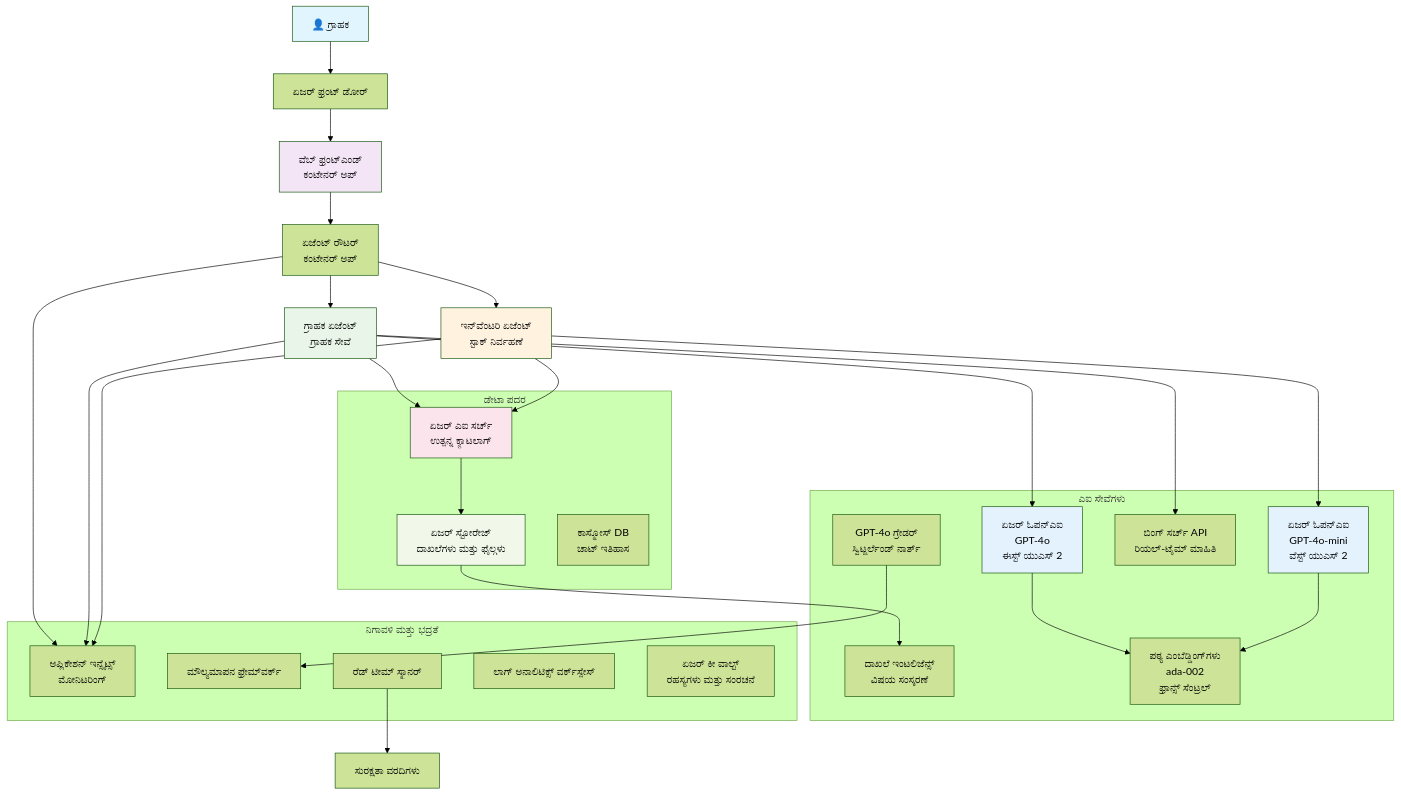
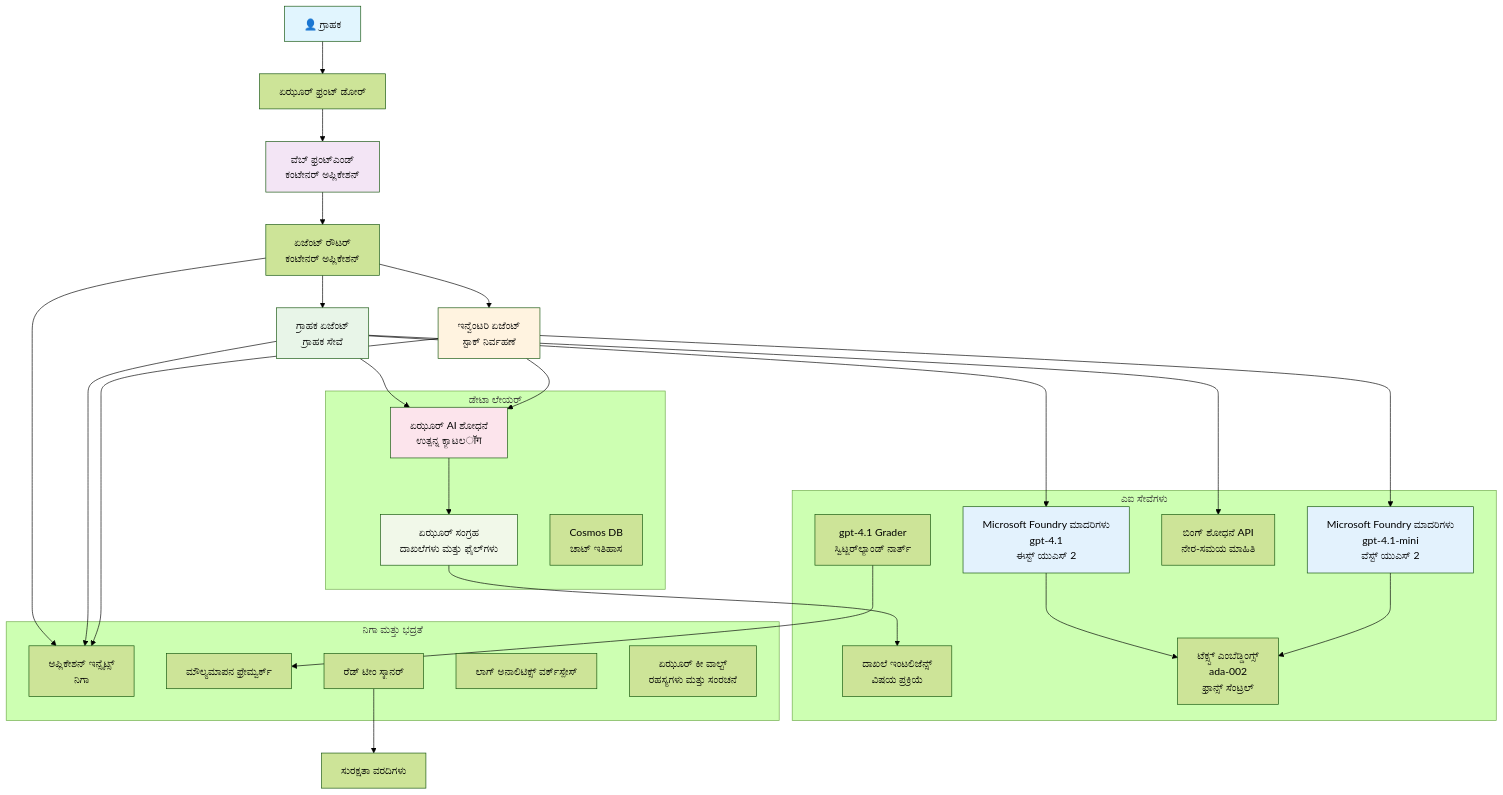
One commit to microsoft/AZD-for-beginners changed the diagram in translations/kn/examples/retail-scenario.md. Above: the diagram before and after it, drawn with Mermaid (forest theme). The commit also changed other lines of this file and 102 other files, not shown here.

````diff
--- a/translations/kn/examples/retail-scenario.md
+++ b/translations/kn/examples/retail-scenario.md
@@ -139,61 +139,61 @@
 ```mermaid
 graph TB
-    User[👤 ಗ್ರಾಹಕ] --> LB[ಏಜರ್ ಫ್ರಂಟ್ ಡೋರ್]
-    LB --> WebApp[ವೆಬ್ ಫ್ರಂಟ್‌ಎಂಡ್<br/>ಕಂಟೇನರ್ ಅಪ್]
+    User[👤 ಗ್ರಾಹಕ] --> LB[ಏಝೂರ್ ಫ್ರಂಟ್ ಡೋರ್]
+    LB --> WebApp[ವೆಬ್ ಫ್ರಂಟ್‌ಎಂಡ್<br/>ಕಂಟೇನರ್ ಅಪ್ಲಿಕೇಶನ್]
     
-    WebApp --> Router[ಏಜೆಂಟ್ ರೌಟರ್<br/>ಕಂಟೇನರ್ ಅಪ್]
+    WebApp --> Router[ಏಜೆಂಟ್ ರೌಟರ್<br/>ಕಂಟೇನರ್ ಅಪ್ಲಿಕೇಶನ್]
     Router --> CustomerAgent[ಗ್ರಾಹಕ ಏಜೆಂಟ್<br/>ಗ್ರಾಹಕ ಸೇವೆ]
-    Router --> InvAgent[ಇನ್‌ವೆಂಟರಿ ಏಜೆಂಟ್<br/>ಸ್ಟಾಕ್ ನಿರ್ವಹಣೆ]
+    Router --> InvAgent[ಇನ್ವೆಂಟರಿ ಏಜೆಂಟ್<br/>ಸ್ಟಾಕ್ ನಿರ್ವಹಣೆ]
     
-    CustomerAgent --> OpenAI1[ಏಜರ್ ಓಪನ್‌ಎಐ<br/>GPT-4o<br/>ಈಸ್ಟ್ ಯುಎಸ್ 2]
-    InvAgent --> OpenAI2[ಏಜರ್ ಓಪನ್‌ಎಐ<br/>GPT-4o-mini<br/>ವೆಸ್ಟ್ ಯುಎಸ್ 2]
+    CustomerAgent --> OpenAI1[Microsoft Foundry ಮಾದರಿಗಳು<br/>gpt-4.1<br/>ಈಸ್ಟ್ ಯುಎಸ್ 2]
+    InvAgent --> OpenAI2[Microsoft Foundry ಮಾದರಿಗಳು<br/>gpt-4.1-mini<br/>ವೆಸ್ಟ್ ಯುಎಸ್ 2]
     
-    CustomerAgent --> AISearch[ಏಜರ್ ಎಐ ಸರ್ಚ್<br/>ಉತ್ಪನ್ನ ಕ್ಯಾಟಲಾಗ್]
-    CustomerAgent --> BingSearch[ಬಿಂಗ್ ಸರ್ಚ್ API<br/>ರಿಯಲ್-ಟೈಮ್ ಮಾಹಿತಿ]
+    CustomerAgent --> AISearch[ಏಝೂರ್ AI ಶೋಧನೆ<br/>ಉತ್ಪನ್ನ ಕ್ಯಾಟಲॉग]
+    CustomerAgent --> BingSearch[ಬಿಂಗ್ ಶೋಧನೆ API<br/>ನೇರ-ಸಮಯ ಮಾಹಿತಿ]
     InvAgent --> AISearch
     
-    AISearch --> Storage[ಏಜರ್ ಸ್ಟೋರೇಜ್<br/>ದಾಖಲೆಗಳು ಮತ್ತು ಫೈಲ್ಗಳು]
-    Storage --> DocIntel[ದಾಖಲೆ ಇಂಟಲಿಜೆನ್ಸ್<br/>ವಿಷಯ ಸಂಸ್ಕರಣೆ]
+    AISearch --> Storage[ಏಝೂರ್ ಸಂಗ್ರಹ<br/>ದಾಖಲೆಗಳು ಮತ್ತು ಫೈಲ್‌ಗಳು]
+    Storage --> DocIntel[ದಾಖಲೆ ಇಂಟಲಿಜೆನ್ಸ್<br/>ವಿಷಯ ಪ್ರಕ್ರಿಯೆ]
     
-    OpenAI1 --> Embeddings[ಪಠ್ಯ ಎಂಬೆಡ್ಡಿಂಗ್‌ಗಳು<br/>ada-002<br/>ಫ್ರಾನ್ಸ್ ಸೆಂಟ್ರಲ್]
+    OpenAI1 --> Embeddings[ಟೆಕ್ಸ್ಟ್ ಎಂಬೆಡ್ಡಿಂಗ್ಸ್<br/>ada-002<br/>ಫ್ರಾನ್ಸ್ ಸೆಂಟ್ರಲ್]
     OpenAI2 --> Embeddings
     
-    Router --> AppInsights[ಅಪ್ಲಿಕೇಶನ್ ಇನ್ಸೈಟ್ಸ್<br/>ಮೋನಿಟರಿಂಗ್]
+    Router --> AppInsights[ಅಪ್ಲಿಕೇಶನ್ ಇನ್ಸೈಟ್ಸ್<br/>ನಿಗಾ]
     CustomerAgent --> AppInsights
     InvAgent --> AppInsights
     
-    GraderModel[GPT-4o ಗ್ರೇಡರ್<br/>ಸ್ವಿಟ್ಜರ್ಲೆಂಡ್ ನಾರ್ತ್] --> Evaluation[ಮೌಲ್ಯಮಾಪನ ಫ್ರೇಮ್‌ವರ್ಕ್]
-    RedTeam[ರೆಡ್ ಟೀಮ್ ಸ್ಕ್ಯಾನರ್] --> SecurityReports[ಸುರಕ್ಷತಾ ವರದಿಗಳು]
+    GraderModel[gpt-4.1 Grader<br/>ಸ್ವಿಟ್ಜರ್‌ಲ್ಯಾಂಡ್ ನಾರ್ತ್] --> Evaluation[ಮೌಲ್ಯಮಾಪನ ಫ್ರೇಮ್ವರ್ಕ್]
+    RedTeam[ರೆಡ್ ಟೀಂ ಸ್ಕ್ಯಾನರ್] --> SecurityReports[ಸುರಕ್ಷತಾ ವರದಿಗಳು]
     
-    subgraph "ಡೇಟಾ ಪದರ"
+    subgraph "ಡೇಟಾ ಲೇಯರ್"
         Storage
         AISearch
-        CosmosDB[ಕಾಸ್ಮೋಸ್ DB<br/>ಚಾಟ್ ಇತಿಹಾಸ]
+        CosmosDB[Cosmos DB<br/>ಚಾಟ್ ಇತಿಹಾಸ]
     end
     
     subgraph "ಎಐ ಸೇವೆಗಳು"
         OpenAI1
         OpenAI2
         Embeddings
         GraderModel
         DocIntel
         BingSearch
     end
     
-    subgraph "ನಿಗಾವಳಿ ಮತ್ತು ಭದ್ರತೆ"
+    subgraph "ನಿಗಾ ಮತ್ತು ಭದ್ರತೆ"
         AppInsights
         LogAnalytics[ಲಾಗ್ ಅನಾಲಿಟಿಕ್ಸ್ ವರ್ಕ್‌ಸ್ಪೇಸ್]
-        KeyVault[ಏಜರ್ ಕೀ ವಾಲ್ಟ್<br/>ರಹಸ್ಯಗಳು ಮತ್ತು ಸಂರಚನೆ]
+        KeyVault[ಏಝೂರ್ ಕೀ ವಾಲ್ಟ್<br/>ರಹಸ್ಯಗಳು ಮತ್ತು ಸಂರಚನೆ]
         RedTeam
         Evaluation
     end
     
     style User fill:#e1f5fe
     style WebApp fill:#f3e5f5
     style CustomerAgent fill:#e8f5e8
     style InvAgent fill:#fff3e0
     style OpenAI1 fill:#e3f2fd
     style OpenAI2 fill:#e3f2fd
     style AISearch fill:#fce4ec
     style Storage fill:#f1f8e9
 ```
````
